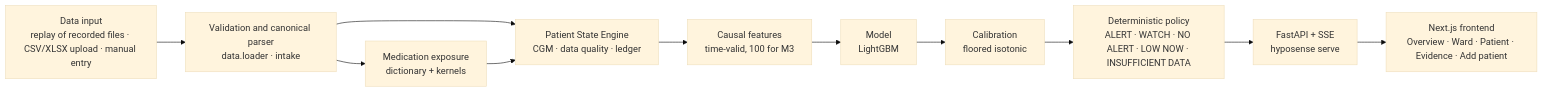
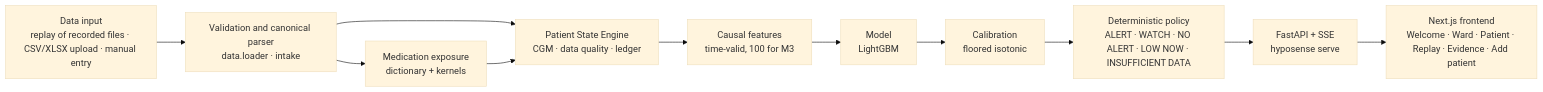
One commit to yug-birla/HypoSense-Twin changed the first of 2 diagrams in README.md. Above: the diagram before and after it, drawn with Mermaid (base theme). The commit also changed other lines of this file and 50 other files, not shown here.

First line of the commit message:
Owner frontend design (Welcome, Ward board, Replay studio, Patient review tabs incl. Twin anatomy + Explainability, Evidence garden) on real data only; display-only backend fields; submission preview (deck PDF, demo guide, model/honesty cards, test report); measured performance

````diff
--- a/README.md
+++ b/README.md
@@ -112,13 +114,13 @@
 ```mermaid
 flowchart LR
   A["Data input<br/>replay of recorded files · CSV/XLSX upload · manual entry"] --> B["Validation and canonical parser<br/>data.loader · intake"]
   B --> C["Patient State Engine<br/>CGM · data quality · ledger"]
   B --> D["Medication exposure<br/>dictionary + kernels"]
   D --> C
   C --> E["Causal features<br/>time-valid, 100 for M3"]
   E --> F["Model<br/>LightGBM"]
   F --> G["Calibration<br/>floored isotonic"]
   G --> H["Deterministic policy<br/>ALERT · WATCH · NO ALERT · LOW NOW · INSUFFICIENT DATA"]
   H --> I["FastAPI + SSE<br/>hyposense serve"]
-  I --> J["Next.js frontend<br/>Overview · Ward · Patient · Evidence · Add patient"]
+  I --> J["Next.js frontend<br/>Welcome · Ward · Patient · Replay · Evidence · Add patient"]
 ```
````
